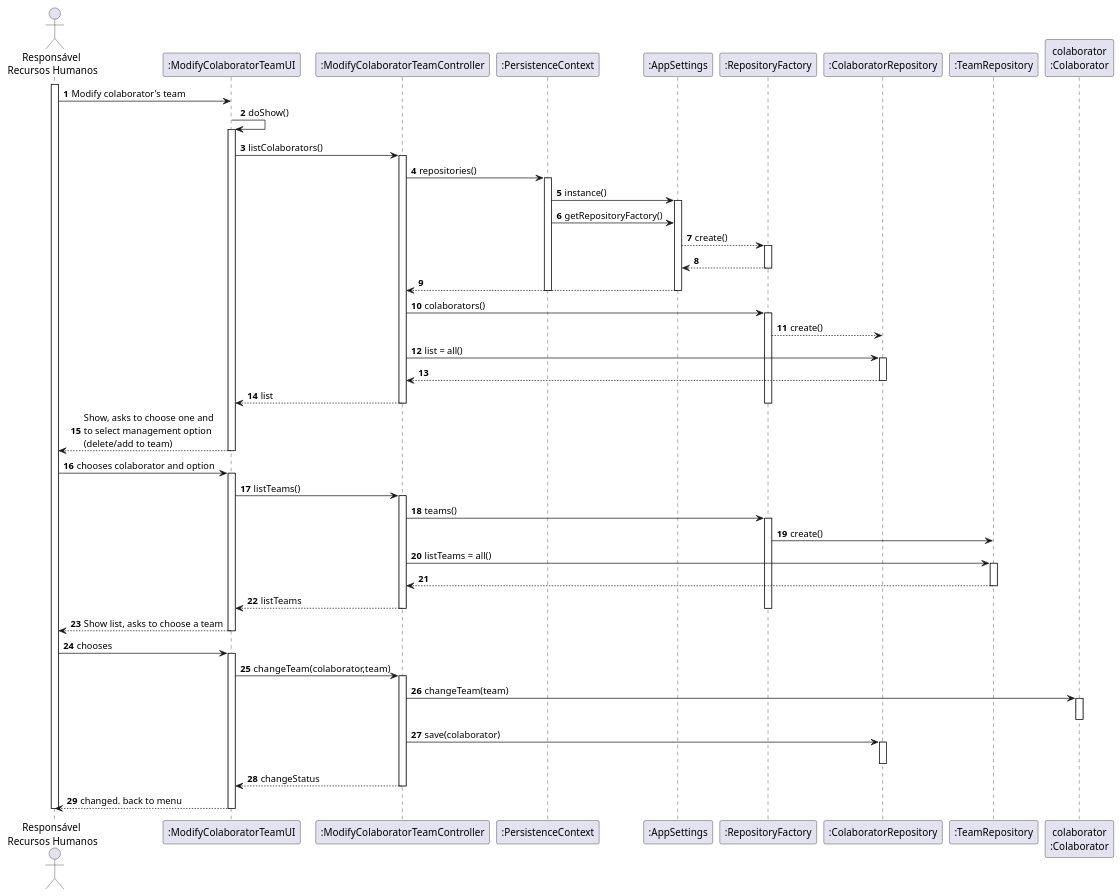
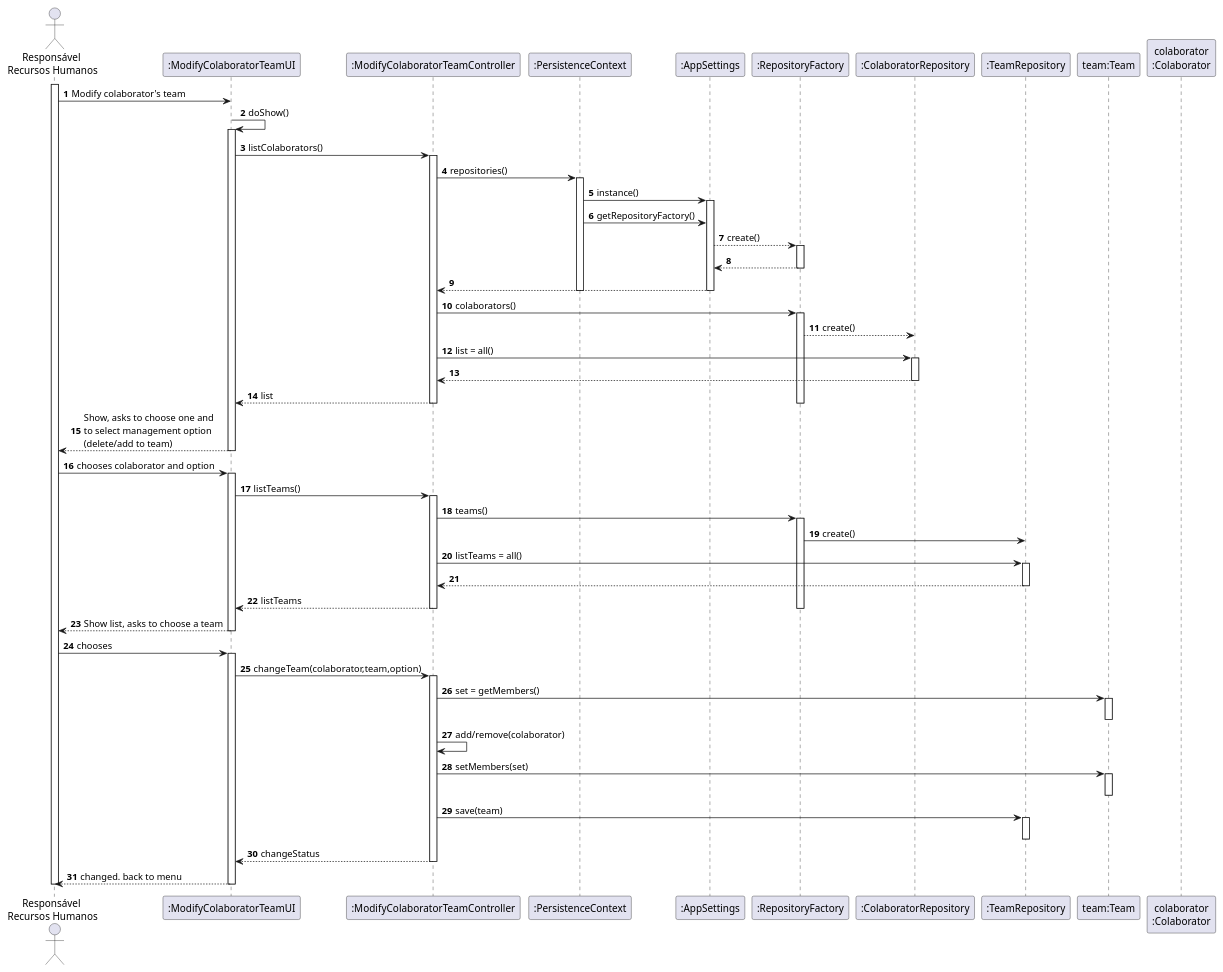
One commit to Joao-PP-Alves/isep-lapr4 changed the diagram in docs/1190743/US2053/SD_US2053.puml. Above: the diagram before and after it, drawn with PlantUML. The commit also changed 24 other files, not shown here.

```diff
--- a/docs/1190743/US2053/SD_US2053.puml
+++ b/docs/1190743/US2053/SD_US2053.puml
@@ -1,87 +1,91 @@
 @startuml
 autonumber
 
 actor "Responsável \nRecursos Humanos" as RRH
 participant ":ModifyColaboratorTeamUI" as UI
 participant ":ModifyColaboratorTeamController" as CTRL
 participant ":PersistenceContext" as PerC
 participant ":AppSettings" as APP
 participant ":RepositoryFactory" as REPFAC
 participant ":ColaboratorRepository" as COLABREP
 participant ":TeamRepository" as TEAMREP
+participant "team:Team" as TEAM
 participant "colaborator\n:Colaborator" as COLAB
-
 
 activate RRH
 RRH -> UI : Modify colaborator's team
 UI -> UI : doShow()
 activate UI
 UI -> CTRL : listColaborators()
 activate CTRL
 CTRL -> PerC : repositories()
 activate PerC
 PerC -> APP : instance()
 activate APP
 PerC -> APP : getRepositoryFactory()
 APP --> REPFAC : create()
 activate REPFAC
 REPFAC --> APP
 deactivate REPFAC
 APP --> CTRL
 deactivate APP
 deactivate PerC
 CTRL -> REPFAC : colaborators()
 activate REPFAC
 REPFAC --> COLABREP : create()
 CTRL -> COLABREP : list = all()
 activate COLABREP
 COLABREP --> CTRL
 deactivate COLABREP
 CTRL --> UI : list
 deactivate REPFAC
 deactivate CTRL
 UI --> RRH : Show, asks to choose one and\nto select management option\n(delete/add to team)
 deactivate UI
 RRH -> UI: chooses colaborator and option
 activate UI
 UI -> CTRL : listTeams()
 activate CTRL
 CTRL -> REPFAC : teams()
 activate REPFAC
 REPFAC -> TEAMREP : create()
 CTRL -> TEAMREP : listTeams = all()
 activate TEAMREP
 TEAMREP --> CTRL
 deactivate TEAMREP
 CTRL --> UI : listTeams
 deactivate REPFAC
 deactivate CTRL
 UI --> RRH : Show list, asks to choose a team
 deactivate UI
 RRH -> UI : chooses
 activate UI
-UI -> CTRL : changeTeam(colaborator,team)
+UI -> CTRL : changeTeam(colaborator,team,option)
 activate CTRL
-CTRL -> COLAB : changeTeam(team)
-activate COLAB
-deactivate COLAB
-CTRL -> COLABREP : save(colaborator)
-activate COLABREP
-deactivate COLABREP
+CTRL -> TEAM : set = getMembers()
+activate TEAM
+deactivate TEAM
+CTRL -> CTRL : add/remove(colaborator)
+CTRL -> TEAM : setMembers(set)
+activate TEAM
+deactivate TEAM
+CTRL -> TEAMREP : save(team)
+activate TEAMREP
+deactivate TEAMREP
 CTRL --> UI : changeStatus
 deactivate CTRL
 UI --> RRH : changed. back to menu
 deactivate UI
 deactivate RRH
 
 
 
 
 
 
 
 
 
 
 
 @enduml
```
